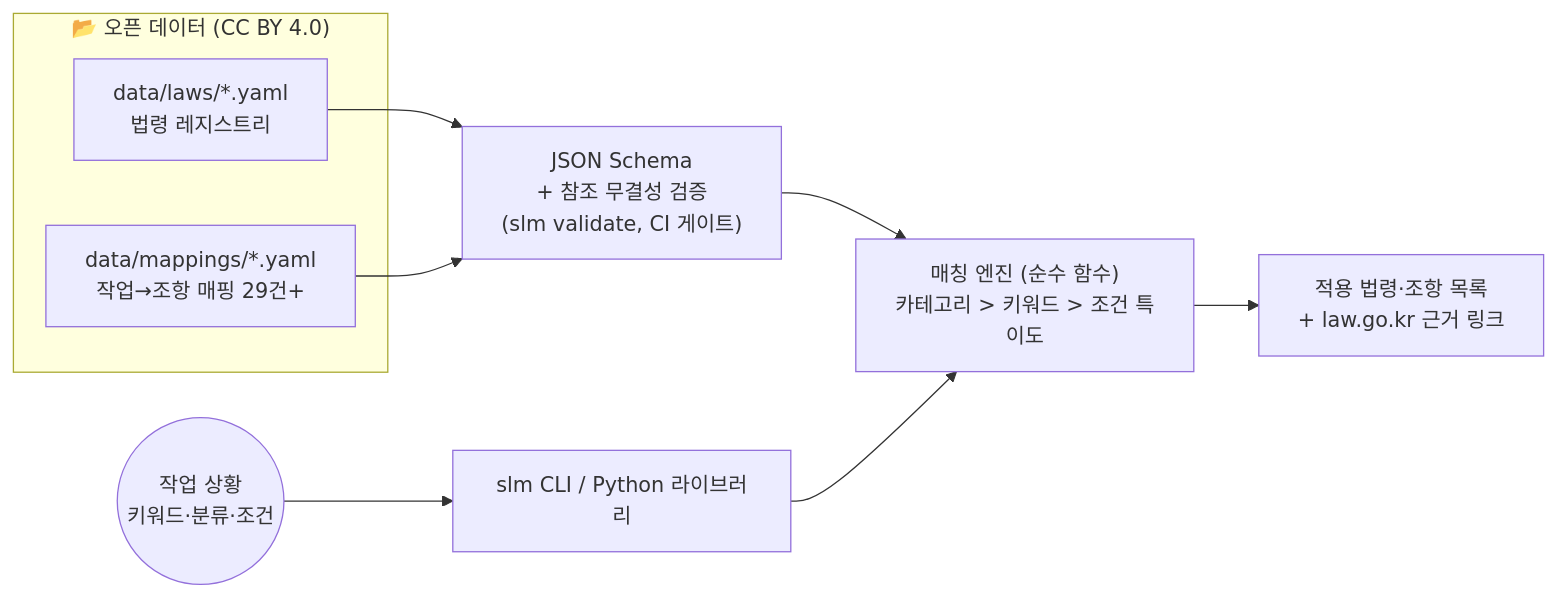
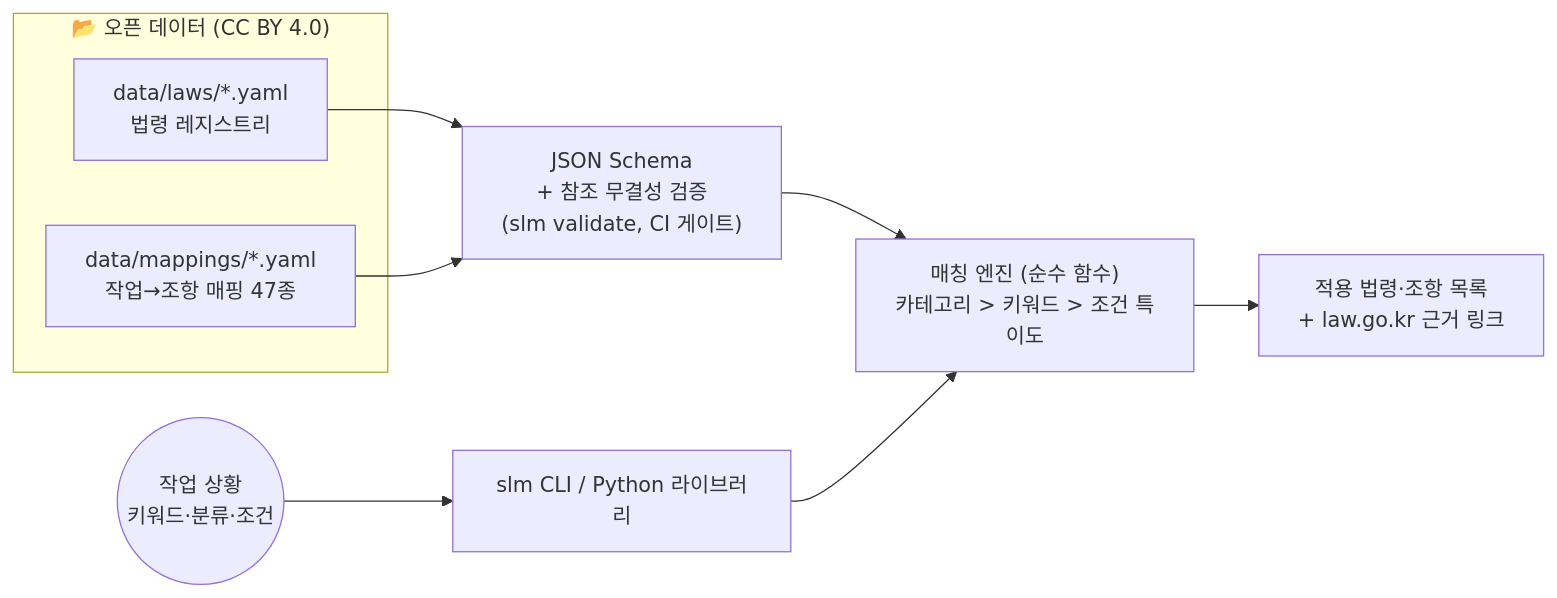
Before and after one commit to acceptha/safety-law-mapper: the diagram in README.md, drawn with Mermaid. The commit also changed other lines of this file and 2 other files, not shown here.

Commit message:
docs: refresh the counts and fix what 100% actually proves
The dataset kept growing while the docs kept their old numbers. README
claimed 41 work types and 12 categories, MCP.md claimed 35 types and
"about 140" articles; the data now holds 47 types, 13 categories and 224
article citations (174 unique). A reader comparing the README to the
coverage report would have found three different answers.

The grounding measurement keeps its 104-article denominator, which was
correct on 2026-10-08 — but nothing said it was a measurement-date
figure, so it reads as contradicting today's 174. Pin it to the date.

Also admit what the AFTER column does not show. If the model only cites
what the tool returned and the tool only returns verified data, 100% is
guaranteed by construction, not discovered by measurement. The part that
was not guaranteed is that the model never blended its own remembered
articles into the tool's results — that is what the "outside the range
the tool returned: 11 → 0" row is evidence for, and it is the only
non-trivial finding here.

````diff
--- a/README.md
+++ b/README.md
@@ -33,17 +33,17 @@
 ```mermaid
 flowchart LR
     subgraph data["📂 오픈 데이터 (CC BY 4.0)"]
         laws["data/laws/*.yaml<br/>법령 레지스트리"]
-        maps["data/mappings/*.yaml<br/>작업→조항 매핑 29건+"]
+        maps["data/mappings/*.yaml<br/>작업→조항 매핑 47종"]
     end
     schema["JSON Schema<br/>+ 참조 무결성 검증<br/>(slm validate, CI 게이트)"]
     matcher["매칭 엔진 (순수 함수)<br/>카테고리 > 키워드 > 조건 특이도"]
     cli["slm CLI / Python 라이브러리"]
     user(("작업 상황<br/>키워드·분류·조건"))
 
     laws --> schema
     maps --> schema
     schema --> matcher
     user --> cli --> matcher
     matcher --> out["적용 법령·조항 목록<br/>+ law.go.kr 근거 링크"]
 ```
````
